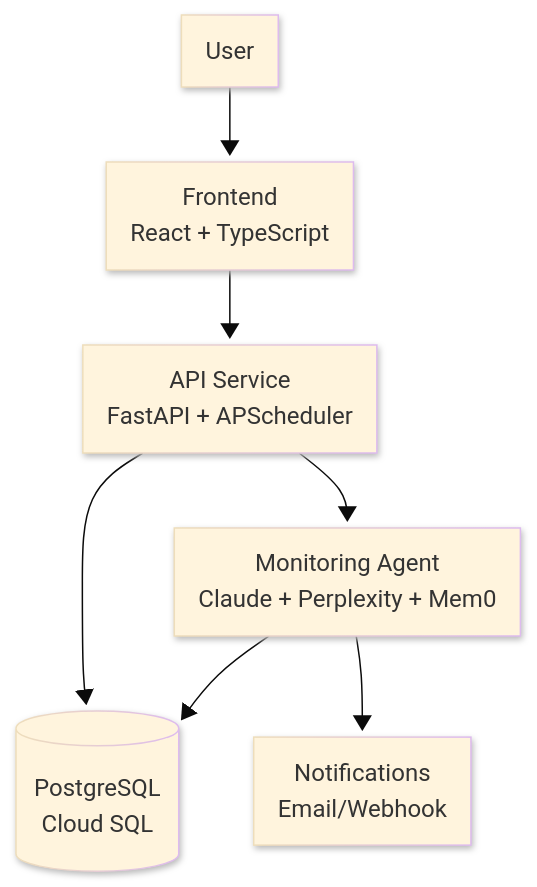
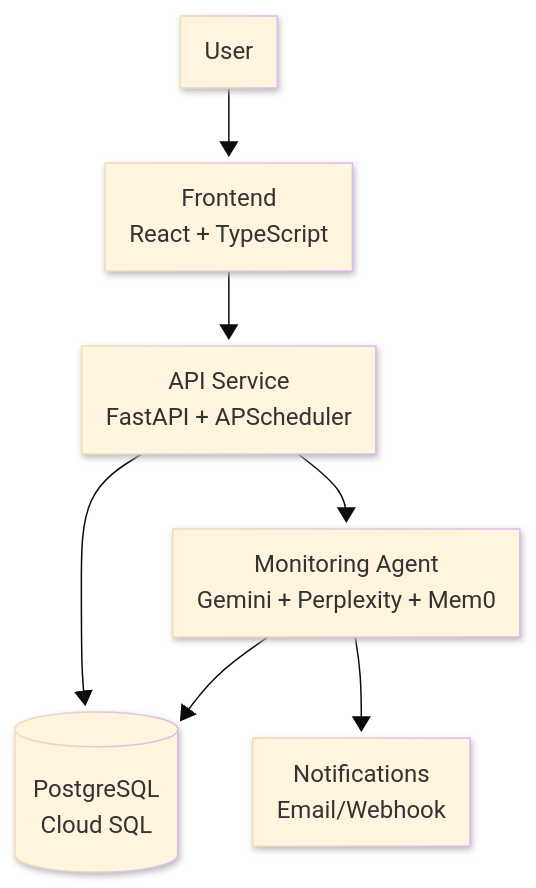
Before and after one commit to prassanna-ravishankar/torale: the diagram in docs-site/self-hosted/architecture.md, drawn with Mermaid. The commit also changed other lines of this file and 10 other files, not shown here.

Commit message:
docs: update references from Claude/Anthropic to Gemini/Pydantic AI

````diff
--- a/docs-site/self-hosted/architecture.md
+++ b/docs-site/self-hosted/architecture.md
@@ -7,21 +7,21 @@
 ```mermaid
 ---
 config:
   look: neo
   theme: base
 ---
 flowchart TB
     User[User]
     Frontend[Frontend<br/>React + TypeScript]
     API[API Service<br/>FastAPI + APScheduler]
     DB[(PostgreSQL<br/>Cloud SQL)]
-    Agent[Monitoring Agent<br/>Claude + Perplexity + Mem0]
+    Agent[Monitoring Agent<br/>Gemini + Perplexity + Mem0]
     Notif[Notifications<br/>Email/Webhook]
 
     User --> Frontend
     Frontend --> API
     API --> DB
     API --> Agent
     Agent --> Notif
     Agent --> DB
 ```
````
